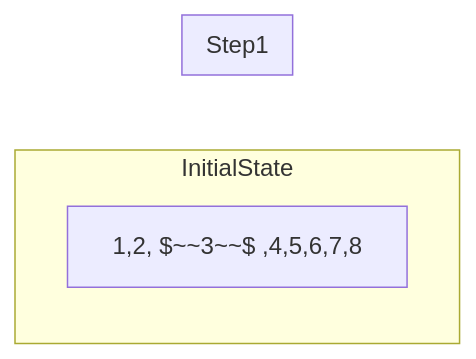
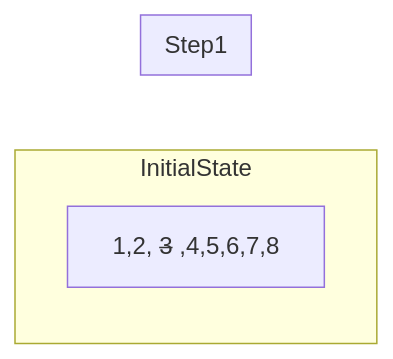
Before and after one commit to zeerre/PLC: the eighth of 8 diagrams in C-C++/algorithembook/AlgorithmCompetitionBeginnersClassicTrainingGuide/README.MD, drawn with Mermaid.

Commit message:
Update the master.comp branch

````diff
--- a/C-C++/algorithembook/AlgorithmCompetitionBeginnersClassicTrainingGuide/README.MD
+++ b/C-C++/algorithembook/AlgorithmCompetitionBeginnersClassicTrainingGuide/README.MD
@@ -2208,9 +2208,9 @@
 ```mermaid
 graph LR
 	  subgraph InitialState
 	  A[1,2,3,4,5,6,7,8]
 	  end
 	  subgraph Step1
-	  A[1,2, $~~3~~$ ,4,5,6,7,8]
+	  A[1,2, <del>3</del> ,4,5,6,7,8]
 	  end
 ```
````
